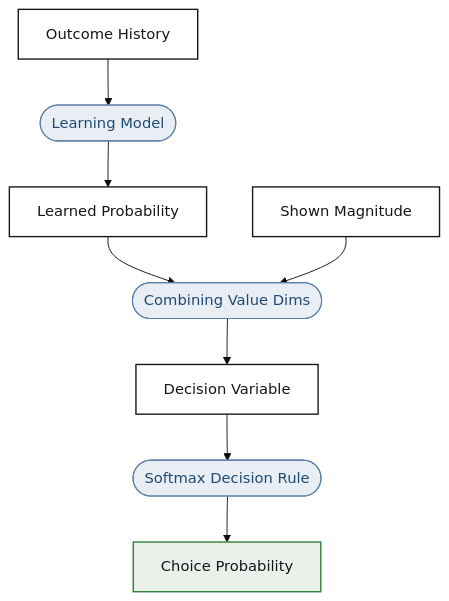
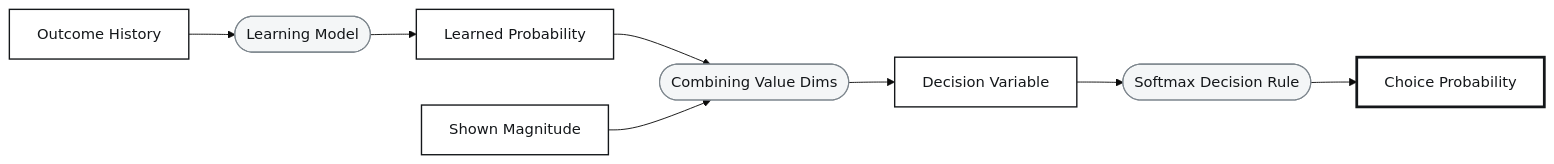
The diagram in docs/session3/diagrams/pipeline.mmd (JanGrohn/ComputationalModelingBlockPractical), drawn with Mermaid (base theme) before and after one commit. The commit also changed 32 other files, not shown here.

```diff
--- a/docs/session3/diagrams/pipeline.mmd
+++ b/docs/session3/diagrams/pipeline.mmd
@@ -1,15 +1,15 @@
-flowchart TD
+flowchart LR
   OH["Outcome History"] --> LM(["Learning Model"])
   LM --> LP["Learned Probability"]
   LP --> CV(["Combining Value Dims"])
   SM["Shown Magnitude"] --> CV
   CV --> DV["Decision Variable"]
   DV --> SX(["Softmax Decision Rule"])
   SX --> CP["Choice Probability"]
 
   classDef state fill:#ffffff,stroke:#14171a,stroke-width:1.5px,color:#14171a;
-  classDef op fill:#e8eef4,stroke:#5b7fa6,stroke-width:1.2px,color:#1f4b73;
-  classDef out fill:#eaf1ea,stroke:#2e7d32,stroke-width:1.5px,color:#14171a;
+  classDef op fill:#f4f6f7,stroke:#7d868d,stroke-width:1.2px,color:#14171a;
+  classDef out fill:#ffffff,stroke:#14171a,stroke-width:3px,color:#14171a;
   class OH,LP,SM,DV state;
   class LM,CV,SX op;
   class CP out;
```
